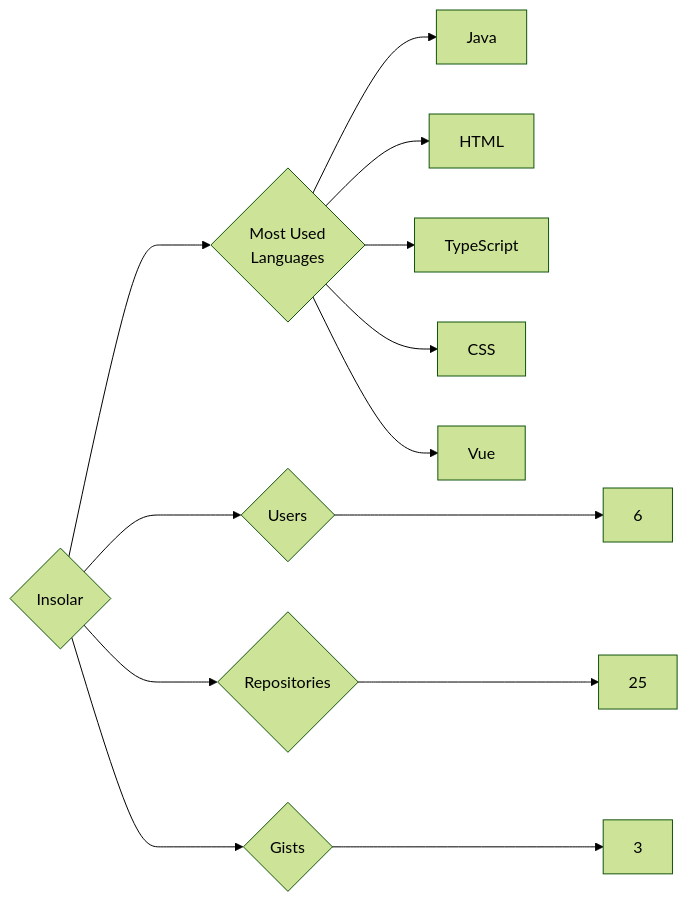
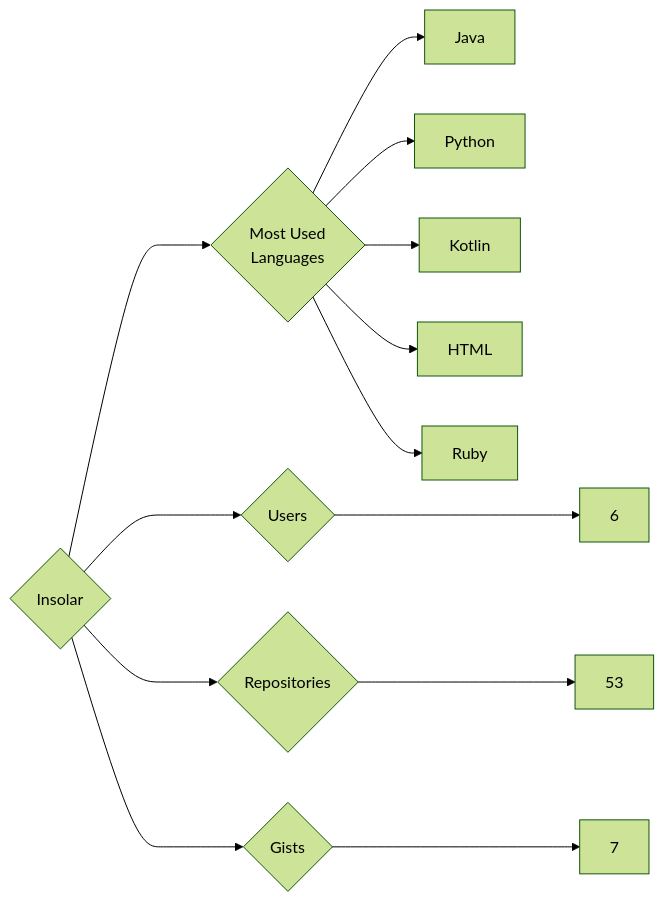
Before and after one commit to trickest/insiders: the diagram in targets/Insolar/README.md, drawn with Mermaid (forest theme). The commit also changed 861 other files, not shown here.

````diff
--- a/targets/Insolar/README.md
+++ b/targets/Insolar/README.md
@@ -3,13 +3,13 @@
 ```mermaid
 graph LR
 COMPANY_NAME{Insolar}
 COMPANY_NAME ---> U{Users} ---> UN[6]
-COMPANY_NAME ---> R{Repositories} ---> RN[25]
-COMPANY_NAME ---> G{Gists} ---> GN[3]
+COMPANY_NAME ---> R{Repositories} ---> RN[53]
+COMPANY_NAME ---> G{Gists} ---> GN[7]
 COMPANY_NAME ---> ML{Most Used<br>Languages}
 ML --> Java[Java]
+ML --> Python[Python]
+ML --> Kotlin[Kotlin]
 ML --> HTML[HTML]
-ML --> TypeScript[TypeScript]
-ML --> CSS[CSS]
-ML --> Vue[Vue]
+ML --> Ruby[Ruby]
 ```
````
